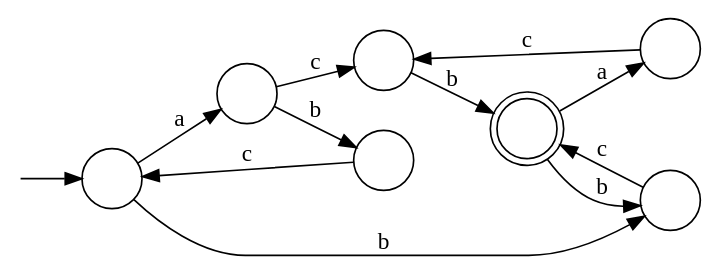
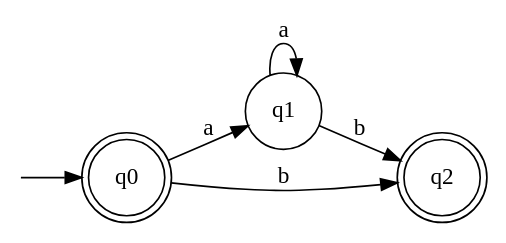
Before and after one commit to water-mizuu/finite_automata_conversion: the diagram in dfa_m.dot, drawn with Graphviz. The commit also changed 11 other files, not shown here.

```diff
--- a/dfa_m.dot
+++ b/dfa_m.dot
@@ -1,22 +1,12 @@
 digraph G {
   rankdir=LR;
   n__ [label="" shape=none width=.0];
-  0 [shape=circle label=""];
-  1 [shape=doublecircle label=""];
-  2 [shape=circle label=""];
-  3 [shape=circle label=""];
-  4 [shape=circle label=""];
-  5 [shape=circle label=""];
-  6 [shape=circle label=""];
-  n__ -> 0;
-  0 -> 2 [label="a"];
-  0 -> 3 [label="b"];
-  2 -> 4 [label="b"];
-  2 -> 5 [label="c"];
-  3 -> 1 [label="c"];
-  4 -> 0 [label="c"];
-  5 -> 1 [label="b"];
-  1 -> 6 [label="a"];
-  1 -> 3 [label="b"];
-  6 -> 5 [label="c"];
+  0 [shape=circle label="q1"]
+  1 [shape=doublecircle label="q0"]
+  2 [shape=doublecircle label="q2"]
+  n__ -> 1;
+  1 -> 0 [label="a"];
+  1 -> 2 [label="b"];
+  0 -> 0 [label="a"];
+  0 -> 2 [label="b"];
 }
```
